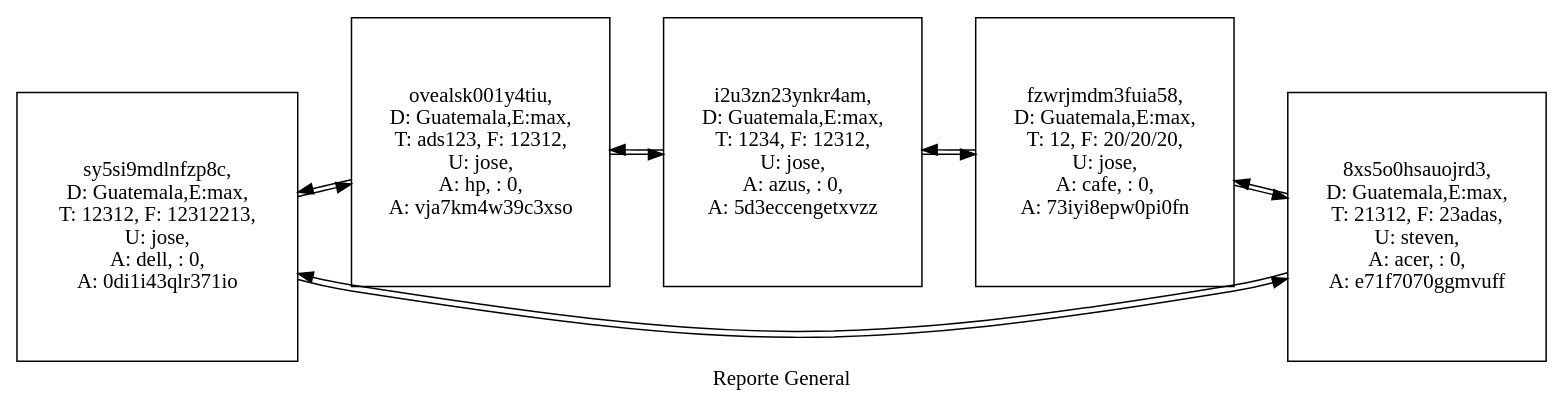
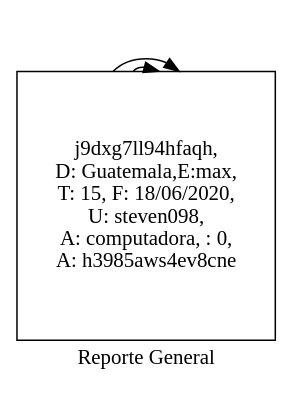
One commit to Stevensis/EDD20VJ_Proyecto1 changed the diagram in PruebaListaCircular.dot. Above: the diagram before and after it, drawn with Graphviz. The commit also changed 19 other files, not shown here.

```diff
--- a/PruebaListaCircular.dot
+++ b/PruebaListaCircular.dot
@@ -1,11 +1,7 @@
 digraph  { 
  nodesep=.05; 
  rankdir=LR; 
  node [shape=record,width=.5,height=2.5]; 
  label="Reporte General"; 
-"sy5si9mdlnfzp8c" [label=" sy5si9mdlnfzp8c,\n D: Guatemala,E:max,\n T: 12312, F: 12312213,\n U: jose,\n A: dell, : 0,\n A: 0di1i43qlr371io"] 
-"sy5si9mdlnfzp8c" -> "ovealsk001y4tiu""sy5si9mdlnfzp8c" -> "8xs5o0hsauojrd3""ovealsk001y4tiu" [label=" ovealsk001y4tiu,\n D: Guatemala,E:max,\n T: ads123, F: 12312,\n U: jose,\n A: hp, : 0,\n A: vja7km4w39c3xso"] 
-"ovealsk001y4tiu" -> "i2u3zn23ynkr4am""ovealsk001y4tiu" -> "sy5si9mdlnfzp8c""i2u3zn23ynkr4am" [label=" i2u3zn23ynkr4am,\n D: Guatemala,E:max,\n T: 1234, F: 12312,\n U: jose,\n A: azus, : 0,\n A: 5d3eccengetxvzz"] 
-"i2u3zn23ynkr4am" -> "fzwrjmdm3fuia58""i2u3zn23ynkr4am" -> "ovealsk001y4tiu""fzwrjmdm3fuia58" [label=" fzwrjmdm3fuia58,\n D: Guatemala,E:max,\n T: 12, F: 20/20/20,\n U: jose,\n A: cafe, : 0,\n A: 73iyi8epw0pi0fn"] 
-"fzwrjmdm3fuia58" -> "8xs5o0hsauojrd3""fzwrjmdm3fuia58" -> "i2u3zn23ynkr4am""8xs5o0hsauojrd3" [label=" 8xs5o0hsauojrd3,\n D: Guatemala,E:max,\n T: 21312, F: 23adas,\n U: steven,\n A: acer, : 0,\n A: e71f7070ggmvuff"] 
-"8xs5o0hsauojrd3" -> "sy5si9mdlnfzp8c""8xs5o0hsauojrd3" -> "fzwrjmdm3fuia58"}
+"j9dxg7ll94hfaqh" [label=" j9dxg7ll94hfaqh,\n D: Guatemala,E:max,\n T: 15, F: 18/06/2020,\n U: steven098,\n A: computadora, : 0,\n A: h3985aws4ev8cne"] 
+"j9dxg7ll94hfaqh" -> "j9dxg7ll94hfaqh""j9dxg7ll94hfaqh" -> "j9dxg7ll94hfaqh"}
```
